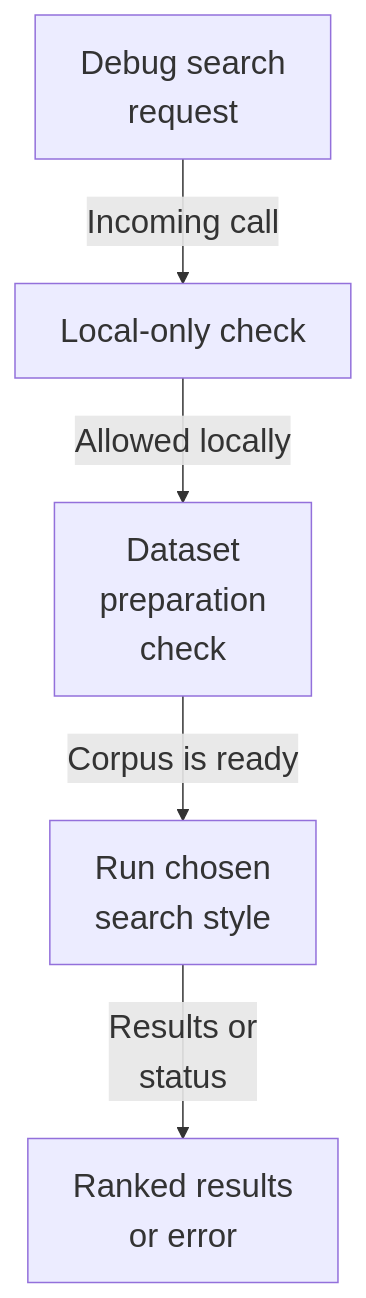
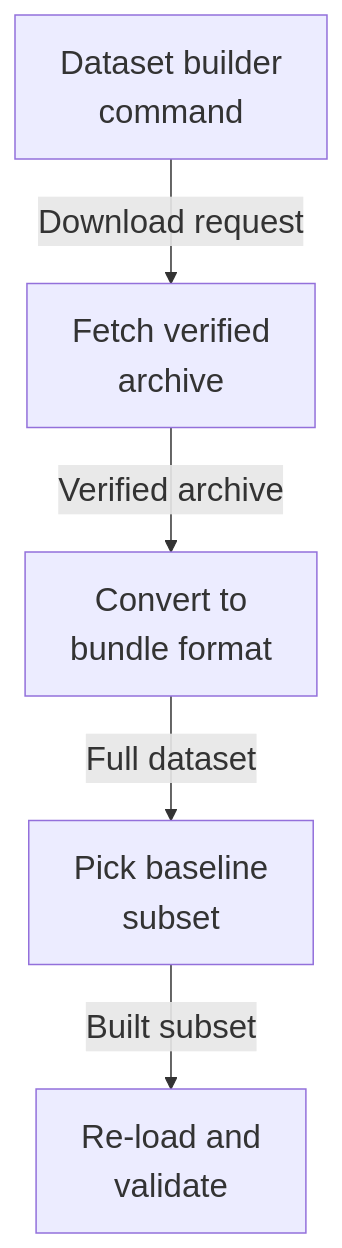
The second of 4 diagrams in maps/evaluation/README.md (Justin-Mendoza/Afterclass), drawn with Mermaid before and after one commit. The commit also changed other lines of this file and 85 other files, not shown here.

````diff
--- a/maps/evaluation/README.md
+++ b/maps/evaluation/README.md
@@ -75,13 +76,13 @@
 ```mermaid
 %%{init: {"themeVariables": {"fontSize": "22px"}}}%%
 flowchart TD
-  n0["Debug search<br/>request"]
-  n1["Local-only check"]
-  n2["Dataset<br/>preparation<br/>check"]
-  n3["Run chosen<br/>search style"]
-  n4["Ranked results<br/>or error"]
-  n0 -->|"Incoming call"| n1
-  n1 -->|"Allowed locally"| n2
-  n2 -->|"Corpus is ready"| n3
-  n3 -->|"Results or<br/>status"| n4
+  n0["Dataset builder<br/>command"]
+  n1["Fetch verified<br/>archive"]
+  n2["Convert to<br/>bundle format"]
+  n3["Pick baseline<br/>subset"]
+  n4["Re-load and<br/>validate"]
+  n0 -->|"Download request"| n1
+  n1 -->|"Verified archive"| n2
+  n2 -->|"Full dataset"| n3
+  n3 -->|"Built subset"| n4
 ```
````
